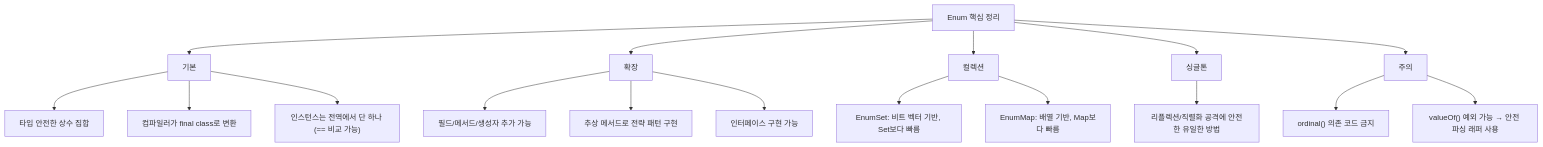
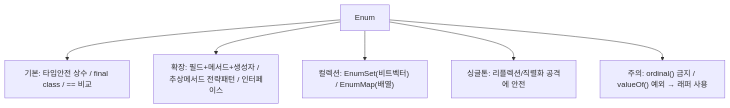
Before and after one commit to yjkim2015/yjkim2015.github.io: the fourth of 4 diagrams in _posts/java/2026-05-01-java-enum.md, drawn with Mermaid. The commit also changed 215 other files, not shown here.

First line of the commit message:
신규 포스트 10개 추가 + Mermaid 전면 축소 + SystemDesign 시리즈 보강

````diff
--- a/_posts/java/2026-05-01-java-enum.md
+++ b/_posts/java/2026-05-01-java-enum.md
@@ -803,19 +803,8 @@
 ```mermaid
 graph TD
-    A["Enum 핵심 정리"] --> B["기본"]
-    A --> C["확장"]
-    A --> D["컬렉션"]
-    A --> E["싱글톤"]
-    A --> F["주의"]
-    B --> B1["타입 안전한 상수 집합"]
-    B --> B2["컴파일러가 final class로 변환"]
-    B --> B3["인스턴스는 전역에서 단 하나 (== 비교 가능)"]
-    C --> C1["필드/메서드/생성자 추가 가능"]
-    C --> C2["추상 메서드로 전략 패턴 구현"]
-    C --> C3["인터페이스 구현 가능"]
-    D --> D1["EnumSet: 비트 벡터 기반, Set보다 빠름"]
-    D --> D2["EnumMap: 배열 기반, Map보다 빠름"]
-    E --> E1["리플렉션/직렬화 공격에 안전한 유일한 방법"]
-    F --> F1["ordinal() 의존 코드 금지"]
-    F --> F2["valueOf() 예외 가능 → 안전 파싱 래퍼 사용"]
+    A["Enum"] --> B["기본: 타입안전 상수 / final class / == 비교"]
+    A --> C["확장: 필드+메서드+생성자 / 추상메서드 전략패턴 / 인터페이스"]
+    A --> D["컬렉션: EnumSet(비트벡터) / EnumMap(배열)"]
+    A --> E["싱글톤: 리플렉션/직렬화 공격에 안전"]
+    A --> F["주의: ordinal() 금지 / valueOf() 예외 → 래퍼 사용"]
 ```
````
